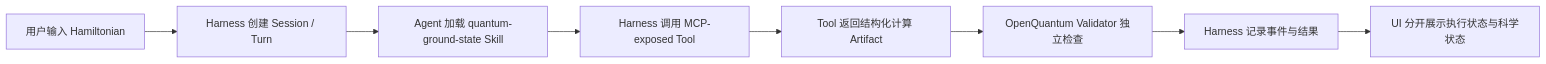
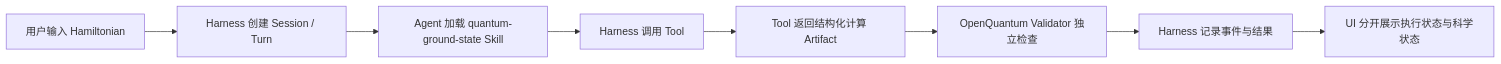
One commit to xi-zhao/OpenQuantum changed the diagram in docs/roadmap/DEVELOPMENT_PLAN.md. Above: the diagram before and after it, drawn with Mermaid. The commit also changed other lines of this file and 55 other files, not shown here.

````diff
--- a/docs/roadmap/DEVELOPMENT_PLAN.md
+++ b/docs/roadmap/DEVELOPMENT_PLAN.md
@@ -111,10 +112,10 @@
 ```mermaid
 flowchart LR
   A["用户输入 Hamiltonian"] --> B["Harness 创建 Session / Turn"]
   B --> C["Agent 加载 quantum-ground-state Skill"]
-  C --> D["Harness 调用 MCP-exposed Tool"]
+  C --> D["Harness 调用 Tool"]
   D --> E["Tool 返回结构化计算 Artifact"]
   E --> F["OpenQuantum Validator 独立检查"]
   F --> G["Harness 记录事件与结果"]
   G --> H["UI 分开展示执行状态与科学状态"]
 ```
````
